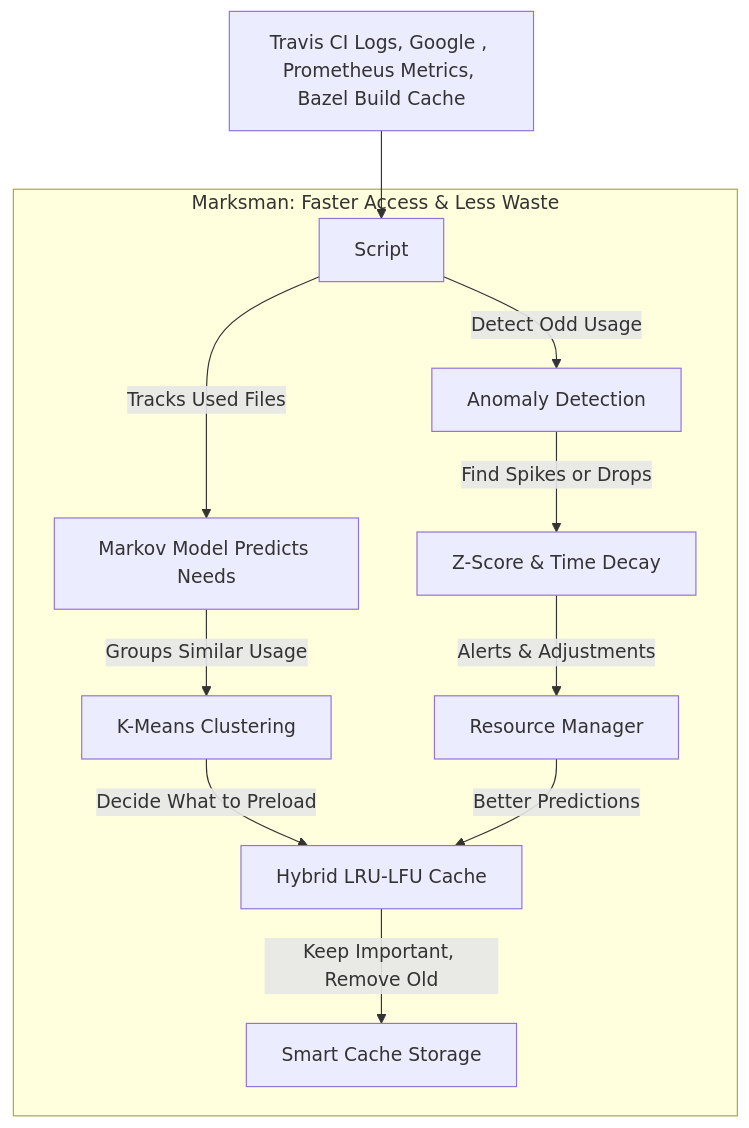
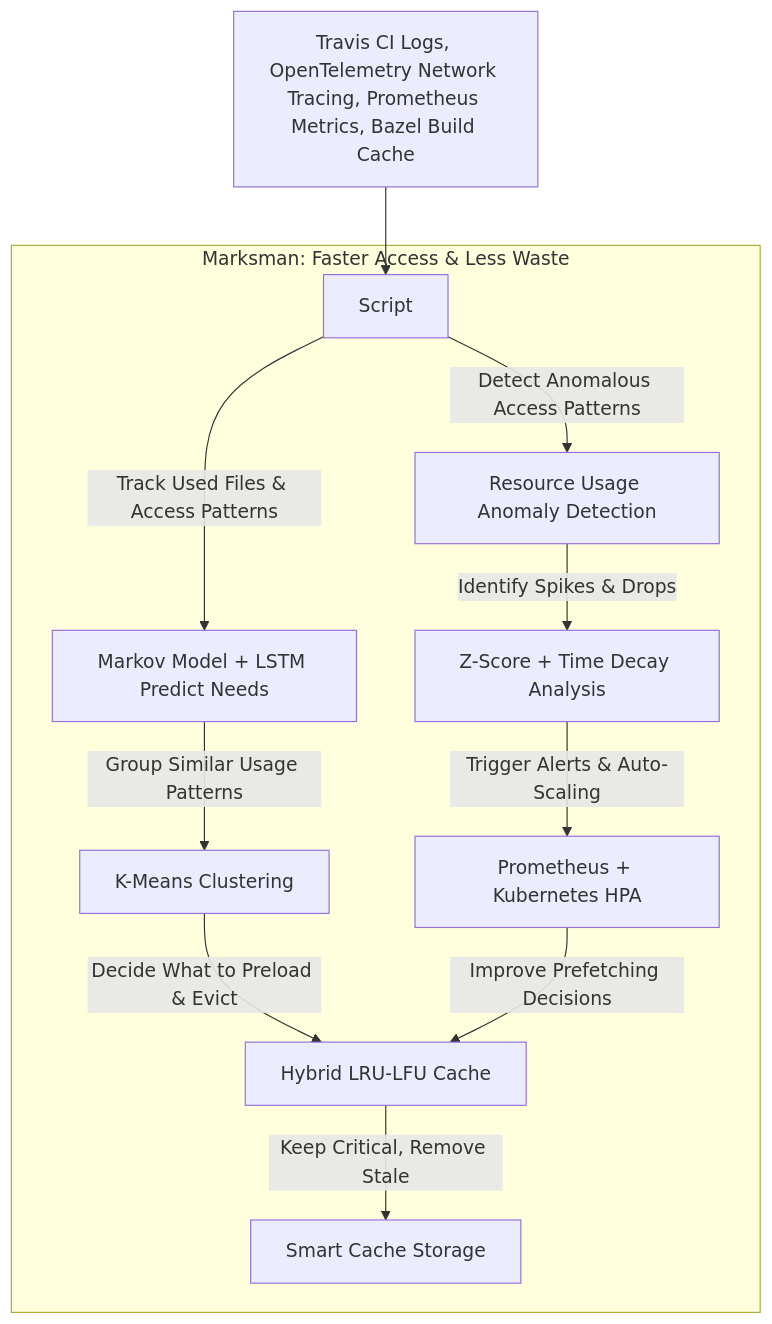
Before and after one commit to unfortunatelygeek/percy: the third of 6 diagrams in README.md, drawn with Mermaid. The commit also changed other lines of this file, not shown here.

Commit message:
chore: fixed up diagrams of individual components to better illustrate the solution.

````diff
--- a/README.md
+++ b/README.md
@@ -70,17 +73,18 @@
 ```mermaid
 graph TD;
     subgraph Marksman: Faster Access & Less Waste
-        A1[Script] -->|Tracks Used Files| A2[Markov Model Predicts Needs]
-        A2 -->|Groups Similar Usage| A3[K-Means Clustering]
-        A3 -->|Decide What to Preload| B[Hybrid LRU-LFU Cache]
-        B -->|Keep Important, Remove Old| C[Smart Cache Storage]
+        A1[Script] -->|Track Used Files & Access Patterns| A2[Markov Model + LSTM Predict Needs]
+        A2 -->|Group Similar Usage Patterns| A3[K-Means Clustering]
+        A3 -->|Decide What to Preload & Evict| B[Hybrid LRU-LFU Cache]
+        B -->|Keep Critical, Remove Stale| C[Smart Cache Storage]
         
-        A1 -->|Detect Odd Usage| D[Anomaly Detection]
-        D -->|Find Spikes or Drops| E[Z-Score & Time Decay]
-        E -->|Alerts & Adjustments| F[Resource Manager]
+        A1 -->|Detect Anomalous Access Patterns| D[Resource Usage Anomaly Detection]
+        D -->|Identify Spikes & Drops| E[Z-Score + Time Decay Analysis]
+        E -->|Trigger Alerts & Auto-Scaling| F[Prometheus + Kubernetes HPA]
     end
 
-    Input["Travis CI Logs, Google , Prometheus Metrics, Bazel Build Cache"] --> A1
-    F -->|Better Predictions| B
+    Input["Travis CI Logs, OpenTelemetry Network Tracing, Prometheus Metrics, Bazel Build Cache"] --> A1
+    F -->|Improve Prefetching Decisions| B
+
 
 ```
````
